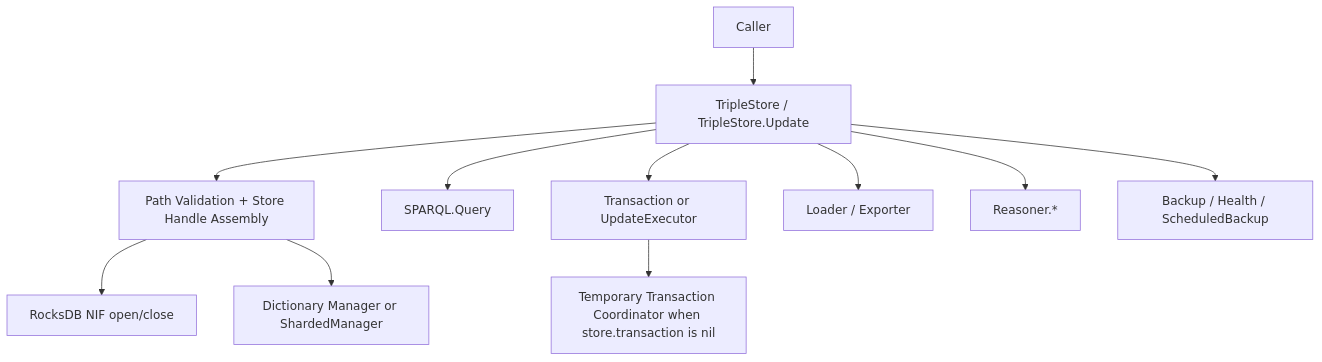
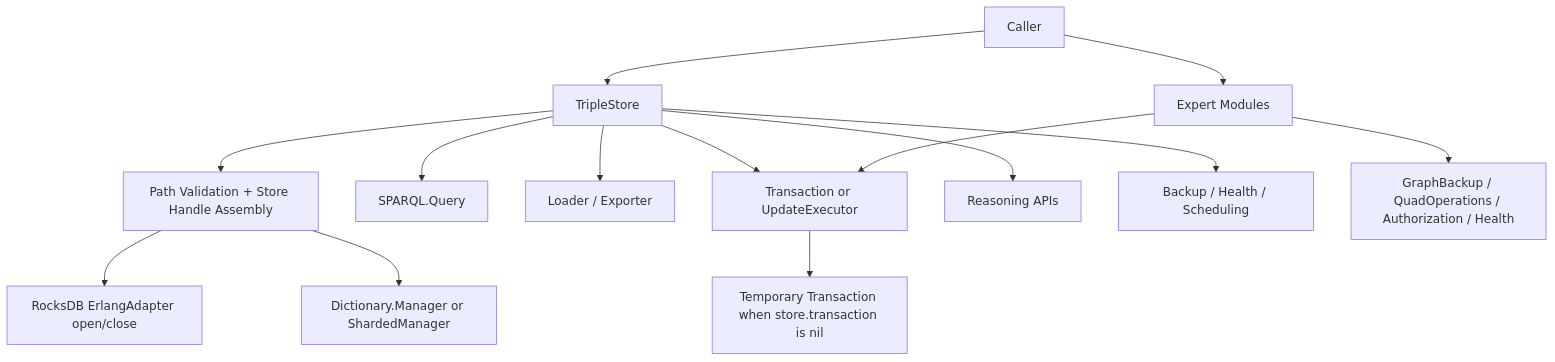
Before and after one commit to pcharbon70/triple_store: the diagram in specs/runtime/public_api_and_store_lifecycle.md, drawn with Mermaid. The commit also changed other lines of this file and 25 other files, not shown here.

Commit message:
Backfill specs from current architecture

````diff
--- a/specs/runtime/public_api_and_store_lifecycle.md
+++ b/specs/runtime/public_api_and_store_lifecycle.md
@@ -34,14 +44,18 @@
 ```mermaid
 graph TD
-  A["Caller"] --> B["TripleStore / TripleStore.Update"]
-  B --> C["Path Validation + Store Handle Assembly"]
-  B --> D["SPARQL.Query"]
-  B --> E["Transaction or UpdateExecutor"]
+  A["Caller"] --> B["TripleStore"]
+  A --> C["Expert Modules"]
+  B --> D["Path Validation + Store Handle Assembly"]
+  B --> E["SPARQL.Query"]
   B --> F["Loader / Exporter"]
-  B --> G["Reasoner.*"]
-  B --> H["Backup / Health / ScheduledBackup"]
+  B --> G["Transaction or UpdateExecutor"]
+  B --> H["Reasoning APIs"]
+  B --> I["Backup / Health / Scheduling"]
 
-  C --> I["RocksDB NIF open/close"]
-  C --> J["Dictionary Manager or ShardedManager"]
-  E --> K["Temporary Transaction Coordinator when store.transaction is nil"]
+  C --> G
+  C --> J["GraphBackup / QuadOperations / Authorization / Health"]
+
+  D --> K["RocksDB ErlangAdapter open/close"]
+  D --> L["Dictionary.Manager or ShardedManager"]
+  G --> M["Temporary Transaction when store.transaction is nil"]
 ```
````
